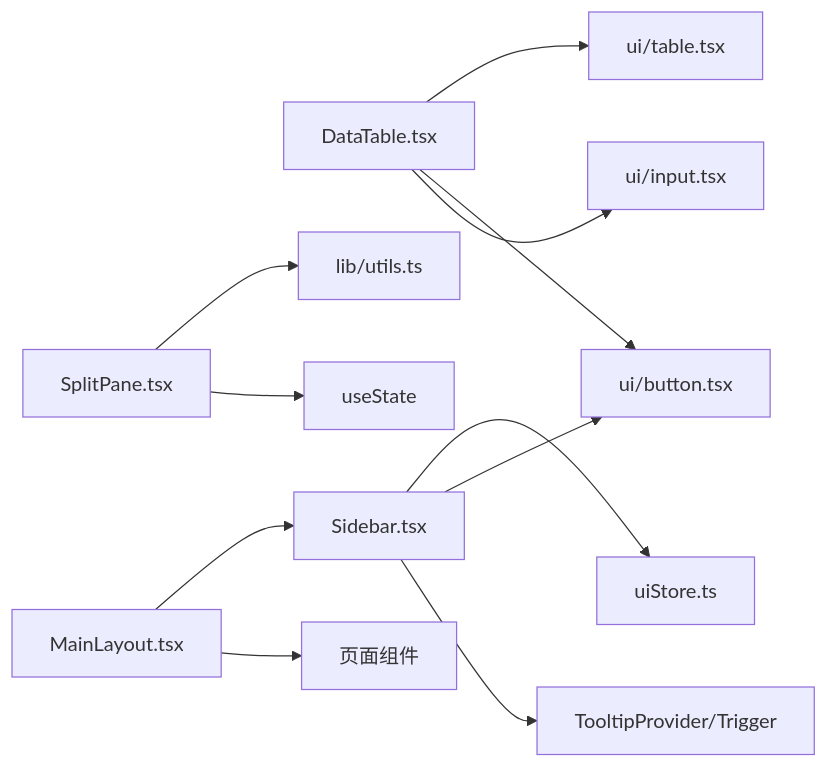
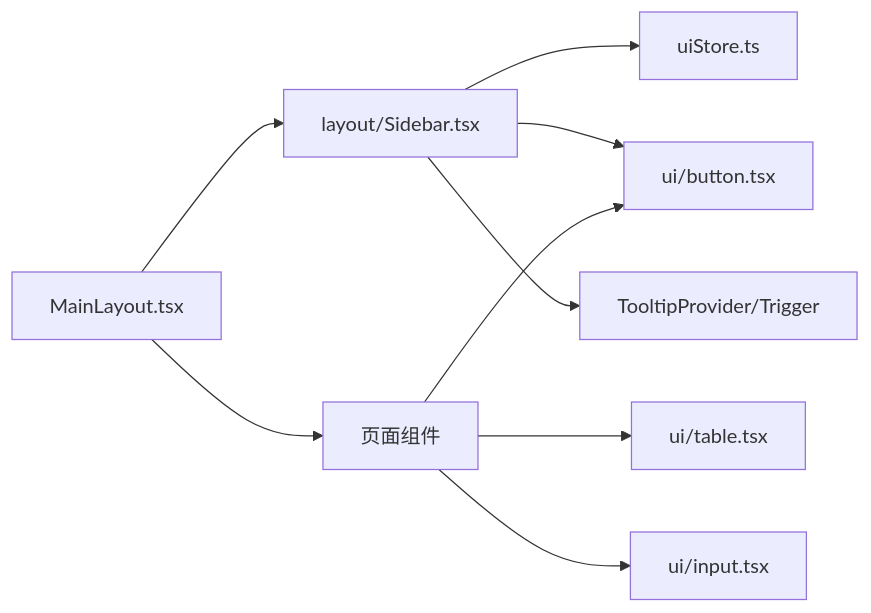
One commit to gujialind/InvestRing changed the fourth of 4 diagrams in .qoder/repowiki/zh/content/前端应用架构/组件系统架构/桌面端组件.md. Above: the diagram before and after it, drawn with Mermaid. The commit also changed other lines of this file and 32 other files, not shown here.

````diff
--- a/.qoder/repowiki/zh/content/前端应用架构/组件系统架构/桌面端组件.md
+++ b/.qoder/repowiki/zh/content/前端应用架构/组件系统架构/桌面端组件.md
@@ -246,13 +195,11 @@
 ```mermaid
 graph LR
-DT["DataTable.tsx"] --> UIT["ui/table.tsx"]
-DT --> UIB["ui/button.tsx"]
-DT --> UIN["ui/input.tsx"]
-SB["Sidebar.tsx"] --> US["uiStore.ts"]
-SB --> UIB
-SB --> Tooltip["TooltipProvider/Trigger"]
-SP["SplitPane.tsx"] --> Utils["lib/utils.ts"]
-SP --> LocalState["useState"]
-ML["MainLayout.tsx"] --> SB
+ML["MainLayout.tsx"] --> LSB["layout/Sidebar.tsx"]
 ML --> Pages["页面组件"]
+LSB --> US["uiStore.ts"]
+LSB --> UIB["ui/button.tsx"]
+LSB --> Tooltip["TooltipProvider/Trigger"]
+Pages --> UIT["ui/table.tsx"]
+Pages --> UIB
+Pages --> UIN["ui/input.tsx"]
 ```
````
